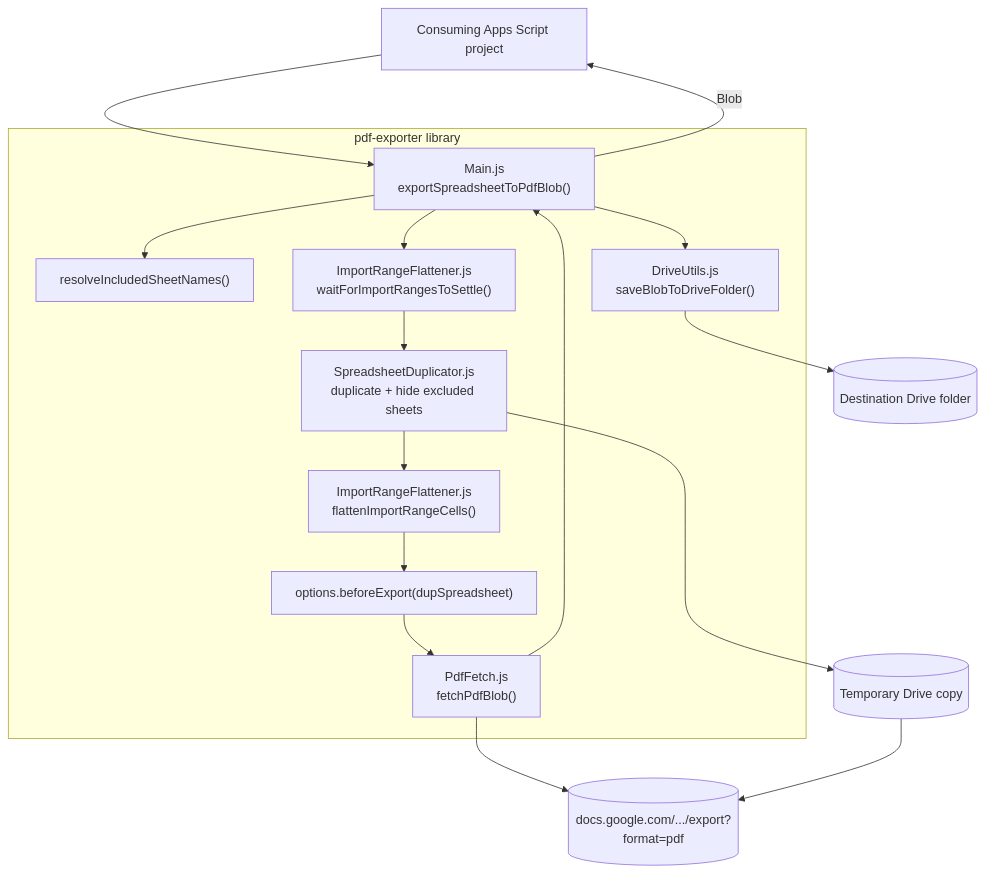
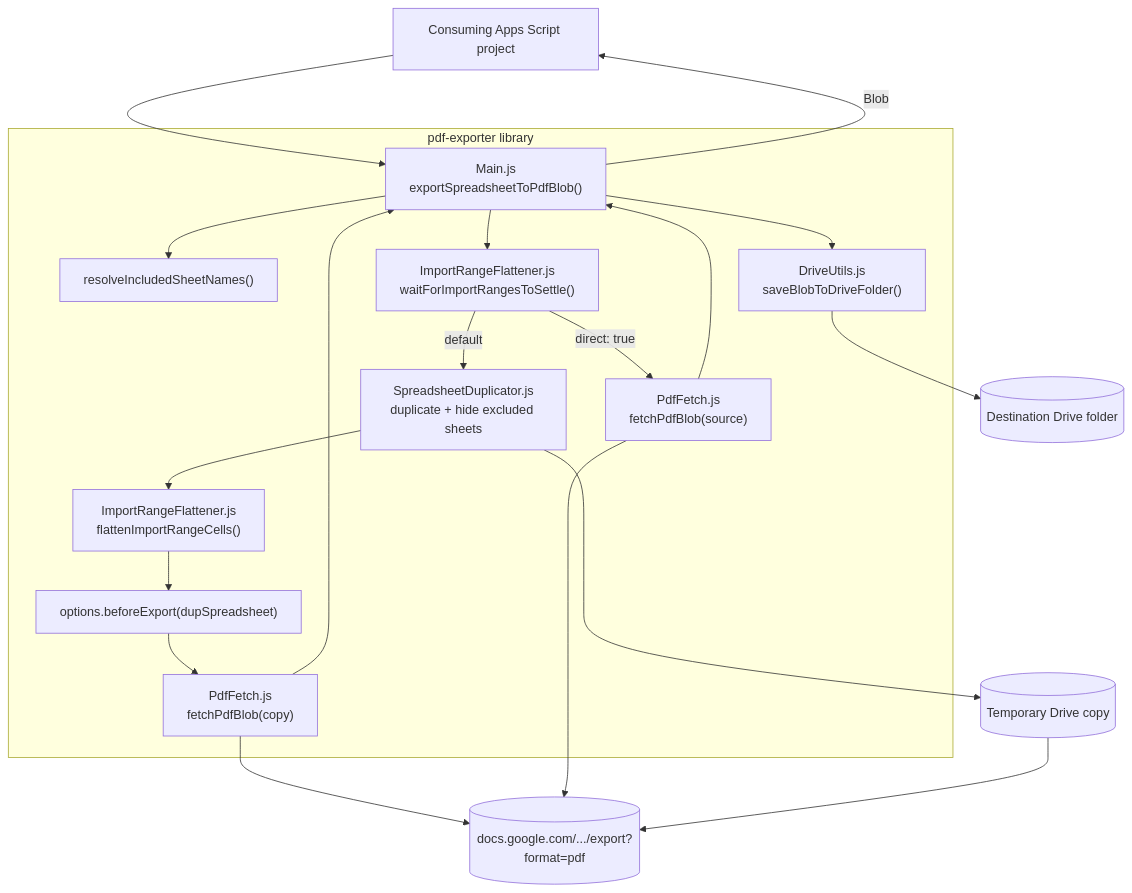
The diagram in README.md (oleksiisedun/pdf-exporter), drawn with Mermaid before and after one commit. The commit also changed other lines of this file and 2 other files, not shown here.

First line of the commit message:
Add direct export mode that skips the Drive copy step

````diff
--- a/README.md
+++ b/README.md
@@ -115,21 +128,24 @@
 ```mermaid
 graph TD
   Caller["Consuming Apps Script project"] --> Main["Main.js\nexportSpreadsheetToPdfBlob()"]
 
   subgraph Lib["pdf-exporter library"]
     Main --> Resolve["resolveIncludedSheetNames()"]
     Main --> Wait["ImportRangeFlattener.js\nwaitForImportRangesToSettle()"]
-    Wait --> Dup["SpreadsheetDuplicator.js\nduplicate + hide excluded sheets"]
+    Wait -->|"direct: true"| DirectFetch["PdfFetch.js\nfetchPdfBlob(source)"]
+    Wait -->|"default"| Dup["SpreadsheetDuplicator.js\nduplicate + hide excluded sheets"]
     Dup --> Flatten["ImportRangeFlattener.js\nflattenImportRangeCells()"]
     Flatten --> Hook["options.beforeExport(dupSpreadsheet)"]
-    Hook --> Fetch["PdfFetch.js\nfetchPdfBlob()"]
+    Hook --> Fetch["PdfFetch.js\nfetchPdfBlob(copy)"]
     Main --> Save["DriveUtils.js\nsaveBlobToDriveFolder()"]
   end
 
   Dup --> DriveCopy[("Temporary Drive copy")]
   Fetch --> ExportEndpoint[("docs.google.com/.../export?format=pdf")]
+  DirectFetch --> ExportEndpoint
   DriveCopy --> ExportEndpoint
   Fetch --> Main
+  DirectFetch --> Main
   Main -->|"Blob"| Caller
   Save --> DriveFolder[("Destination Drive folder")]
 ```
````
